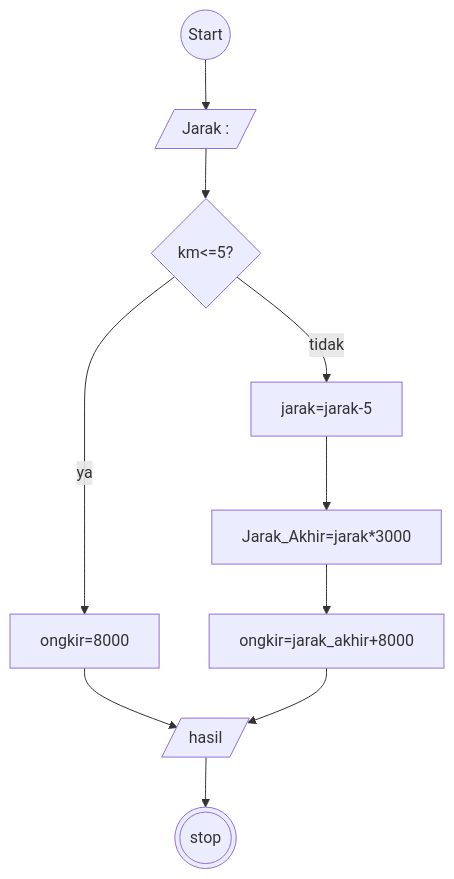
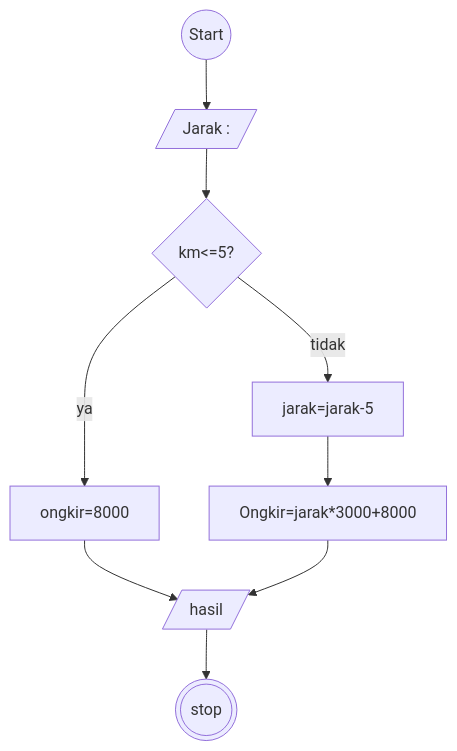
Before and after one commit to hilmy07/koda-b4-algoritma: the diagram in minitask8.md, drawn with Mermaid.

````diff
--- a/minitask8.md
+++ b/minitask8.md
@@ -3,14 +3,13 @@
 ```mermaid
 flowchart TD;
 
 strt((Start))-->km[/Jarak : /]
 km-->dcs{km<=5?};
-dcs--tidak-->hsl2[jarak=jarak-5];
-hsl2-->jrk_akhir[Jarak_Akhir=jarak*3000];
-jrk_akhir-->ongkir[ongkir=jarak_akhir+8000]
+dcs--tidak-->jarak[jarak=jarak-5];
+jarak-->hsl2[Ongkir=jarak*3000+8000];
 dcs--ya-->hsl1[ongkir=8000];
 hsl1-->total[/hasil/];
-ongkir-->total[/hasil/];
+hsl2-->total[/hasil/];
 total[/hasil/]-->stp(((stop)));
 
 ```
````
